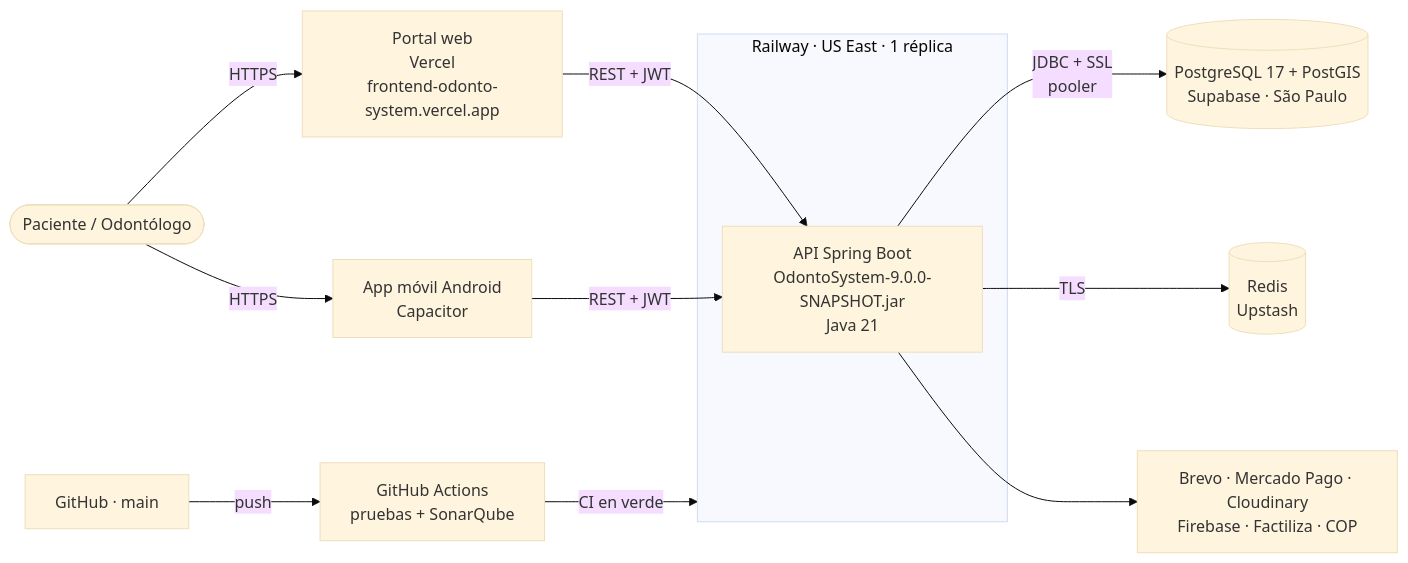
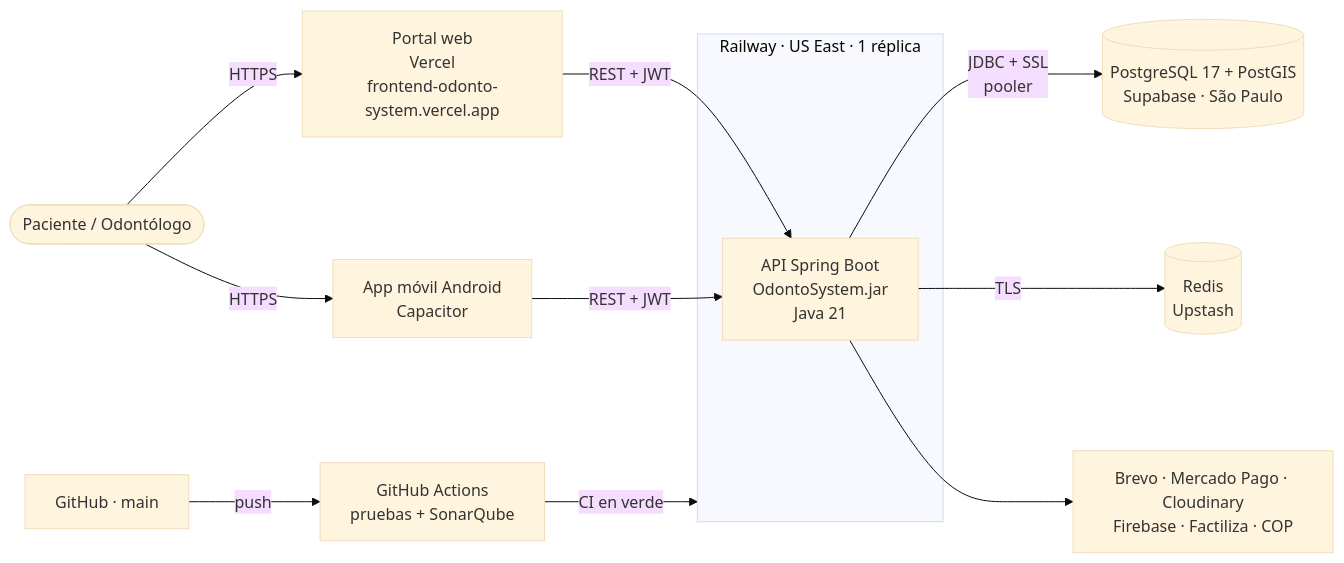
Before and after one commit to Luaaa7/OdontoSystem: the diagram in docs/DESPLIEGUE.md, drawn with Mermaid (base theme). The commit also changed other lines of this file, not shown here.

Commit message:
docs: nombre real del jar y comando de build en Git Bash

````diff
--- a/docs/DESPLIEGUE.md
+++ b/docs/DESPLIEGUE.md
@@ -10,15 +10,15 @@
 ```mermaid
 flowchart LR
     U([Paciente / Odontólogo]) -->|HTTPS| WEB[Portal web<br/>Vercel<br/>frontend-odonto-system.vercel.app]
     U -->|HTTPS| APP[App móvil Android<br/>Capacitor]
     WEB -->|REST + JWT| API
     APP -->|REST + JWT| API
     subgraph RW[Railway · US East · 1 réplica]
-        API[API Spring Boot<br/>OdontoSystem-9.0.0-SNAPSHOT.jar<br/>Java 21]
+        API[API Spring Boot<br/>OdontoSystem.jar<br/>Java 21]
     end
     API -->|JDBC + SSL<br/>pooler| DB[(PostgreSQL 17 + PostGIS<br/>Supabase · São Paulo)]
     API -->|TLS| R[(Redis<br/>Upstash)]
     API --> EXT[Brevo · Mercado Pago · Cloudinary<br/>Firebase · Factiliza · COP]
     GH[GitHub · main] -->|push| CI[GitHub Actions<br/>pruebas + SonarQube]
     CI -->|CI en verde| RW
 ```
````
